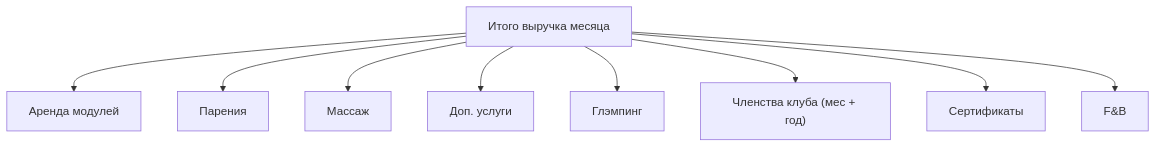
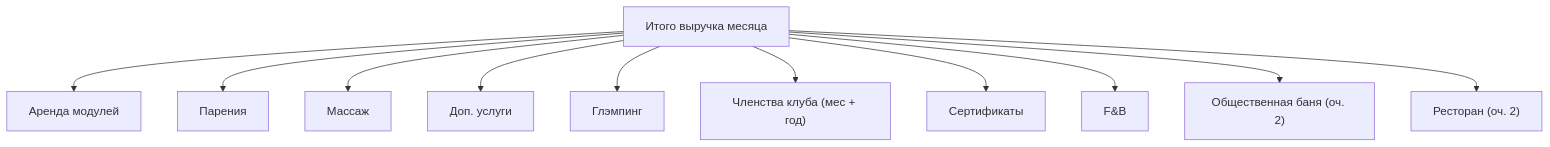
One commit to ampulex-23/aura-hills-finmodel changed the fourth of 6 diagrams in src/docs/model-guide.md. Above: the diagram before and after it, drawn with Mermaid. The commit also changed other lines of this file and 20 other files, not shown here.

First line of the commit message:
Вторая очередь строительства: общественная баня + 4 VIP-комплекса

````diff
--- a/src/docs/model-guide.md
+++ b/src/docs/model-guide.md
@@ -188,12 +203,14 @@
 ```mermaid
 flowchart TD
     T["Итого выручка месяца"]
     T --> R1["Аренда модулей"]
     T --> R2["Парения"]
     T --> R3["Массаж"]
     T --> R4["Доп. услуги"]
     T --> R5["Глэмпинг"]
     T --> R6["Членства клуба (мес + год)"]
     T --> R7["Сертификаты"]
     T --> R8["F&B"]
+    T --> R9["Общественная баня (оч. 2)"]
+    T --> R10["Ресторан (оч. 2)"]
 ```
````
